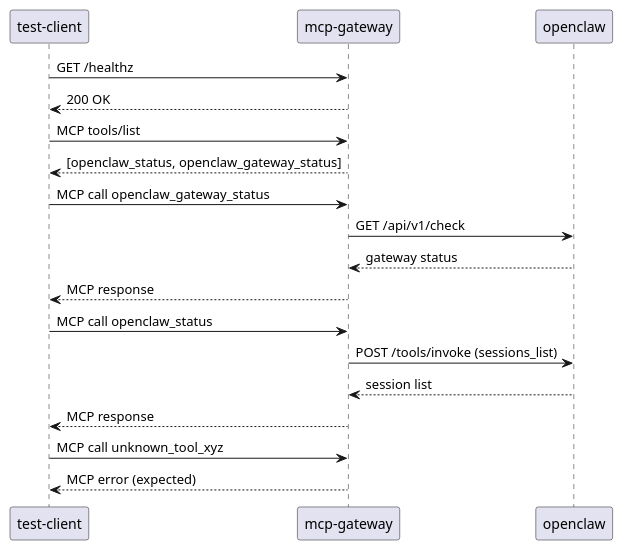
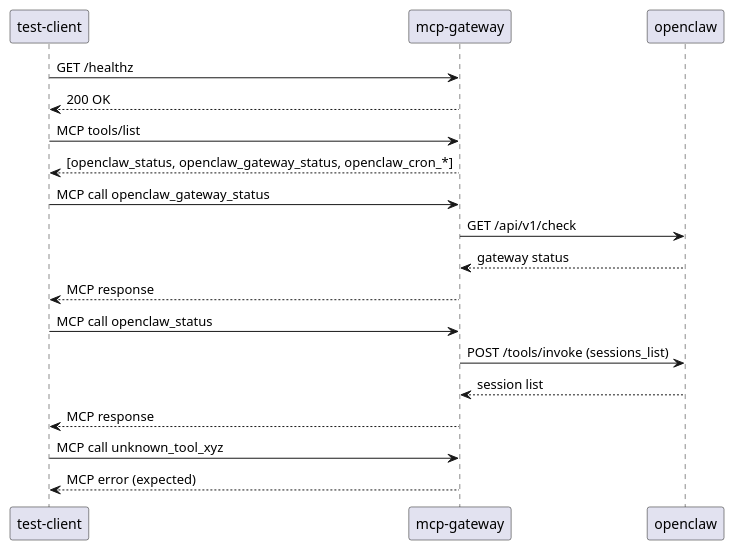
Before and after one commit to mwaeckerlin/openclaw-mcp-gateway: the second of 2 diagrams in README.md, drawn with PlantUML. The commit also changed other lines of this file and 12 other files, not shown here.

First line of the commit message:
Implement cron MCP tools, websocket RPC transport, strict gateway status e2e, and OpenClaw skill docs

````diff
--- a/README.md
+++ b/README.md
@@ -93,26 +129,26 @@
 ```plantuml
 @startuml
 participant "test-client" as tc
 participant "mcp-gateway" as gw
 participant "openclaw" as oc
 
 tc -> gw : GET /healthz
 gw --> tc : 200 OK
 
 tc -> gw : MCP tools/list
-gw --> tc : [openclaw_status, openclaw_gateway_status]
+gw --> tc : [openclaw_status, openclaw_gateway_status, openclaw_cron_*]
 
 tc -> gw : MCP call openclaw_gateway_status
 gw -> oc : GET /api/v1/check
 oc --> gw : gateway status
 gw --> tc : MCP response
 
 tc -> gw : MCP call openclaw_status
 gw -> oc : POST /tools/invoke (sessions_list)
 oc --> gw : session list
 gw --> tc : MCP response
 
 tc -> gw : MCP call unknown_tool_xyz
 gw --> tc : MCP error (expected)
 @enduml
 ```
````
